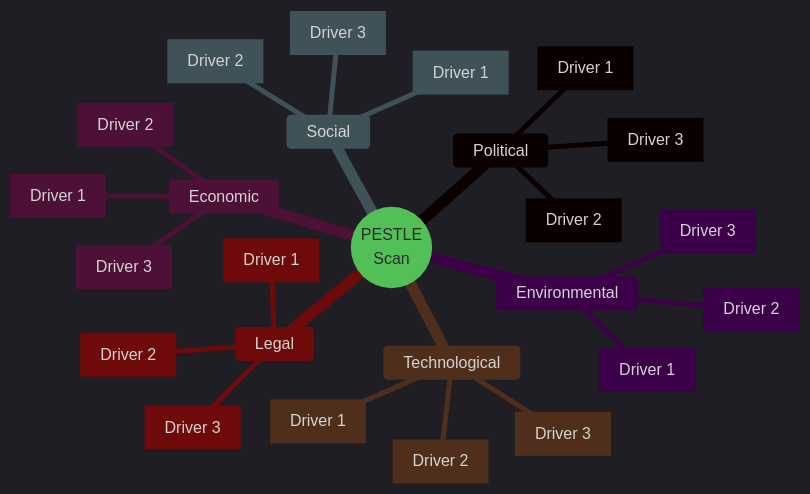
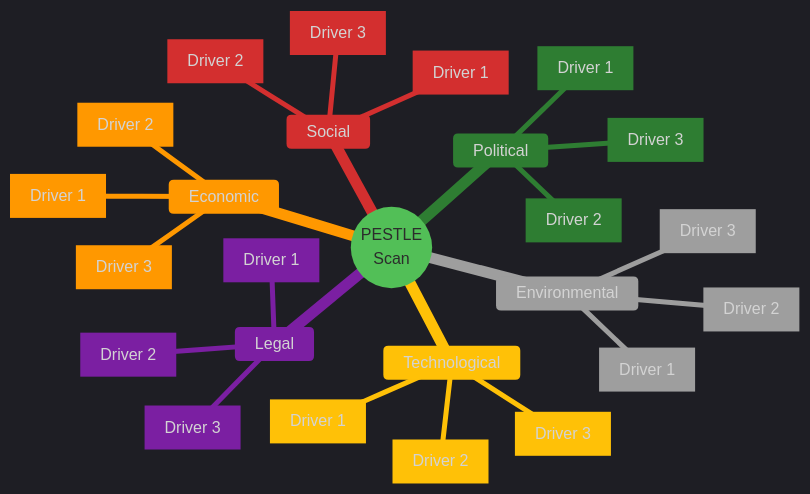
One commit to Hack23/euparliamentmonitor changed the first of 2 diagrams in analysis/templates/pestle-analysis.md. Above: the diagram before and after it, drawn with Mermaid. The commit also changed other lines of this file and 5 other files, not shown here.

First line of the commit message:
improve color-coded mermaid pipeline + add regression tests

````diff
--- a/analysis/templates/pestle-analysis.md
+++ b/analysis/templates/pestle-analysis.md
@@ -78,29 +78,29 @@
 ```mermaid
-%%{init: {"theme":"dark","themeVariables":{"primaryColor":"#1565C0","primaryTextColor":"#ffffff","primaryBorderColor":"#0A3F7F","lineColor":"#90CAF9","secondaryColor":"#2E7D32","secondaryTextColor":"#ffffff","tertiaryColor":"#FF9800","tertiaryTextColor":"#000000","mainBkg":"#1565C0","secondBkg":"#2E7D32","tertiaryBkg":"#FF9800","noteBkgColor":"#FFC107","noteTextColor":"#000000","errorBkgColor":"#D32F2F","fontFamily":"Inter, Helvetica, Arial, sans-serif"}}}%%
+%%{init: {"theme":"dark","themeVariables":{"primaryColor":"#1565C0","primaryTextColor":"#ffffff","primaryBorderColor":"#0A3F7F","lineColor":"#90CAF9","secondaryColor":"#2E7D32","secondaryTextColor":"#ffffff","tertiaryColor":"#FF9800","tertiaryTextColor":"#000000","mainBkg":"#1565C0","secondBkg":"#2E7D32","tertiaryBkg":"#FF9800","noteBkgColor":"#FFC107","noteTextColor":"#000000","errorBkgColor":"#D32F2F","fontFamily":"Inter, Helvetica, Arial, sans-serif","cScale0":"#1565C0","cScale1":"#2E7D32","cScale2":"#FF9800","cScale3":"#D32F2F","cScale4":"#FFC107","cScale5":"#7B1FA2","cScale6":"#9E9E9E","cScale7":"#0288D1"}}}%%
 mindmap
   root((PESTLE<br/>Scan))
     Political
       [Driver 1]
       [Driver 2]
       [Driver 3]
     Economic
       [Driver 1]
       [Driver 2]
       [Driver 3]
     Social
       [Driver 1]
       [Driver 2]
       [Driver 3]
     Technological
       [Driver 1]
       [Driver 2]
       [Driver 3]
     Legal
       [Driver 1]
       [Driver 2]
       [Driver 3]
     Environmental
       [Driver 1]
       [Driver 2]
       [Driver 3]
 ```
````
